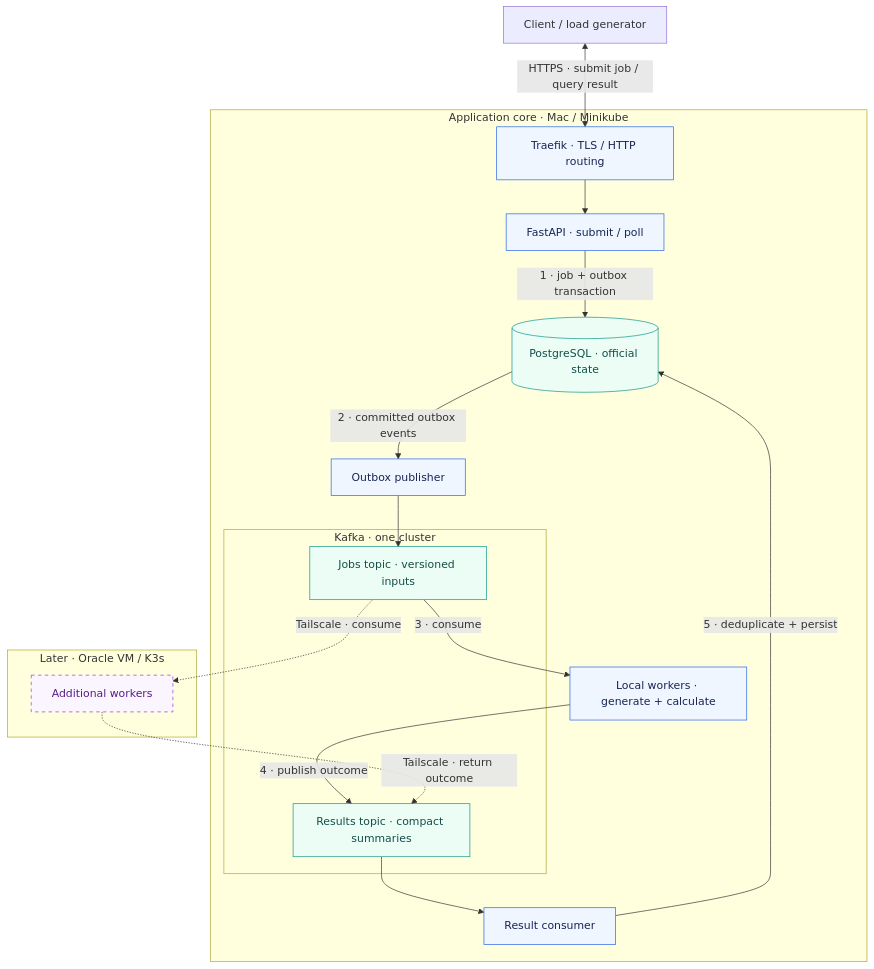
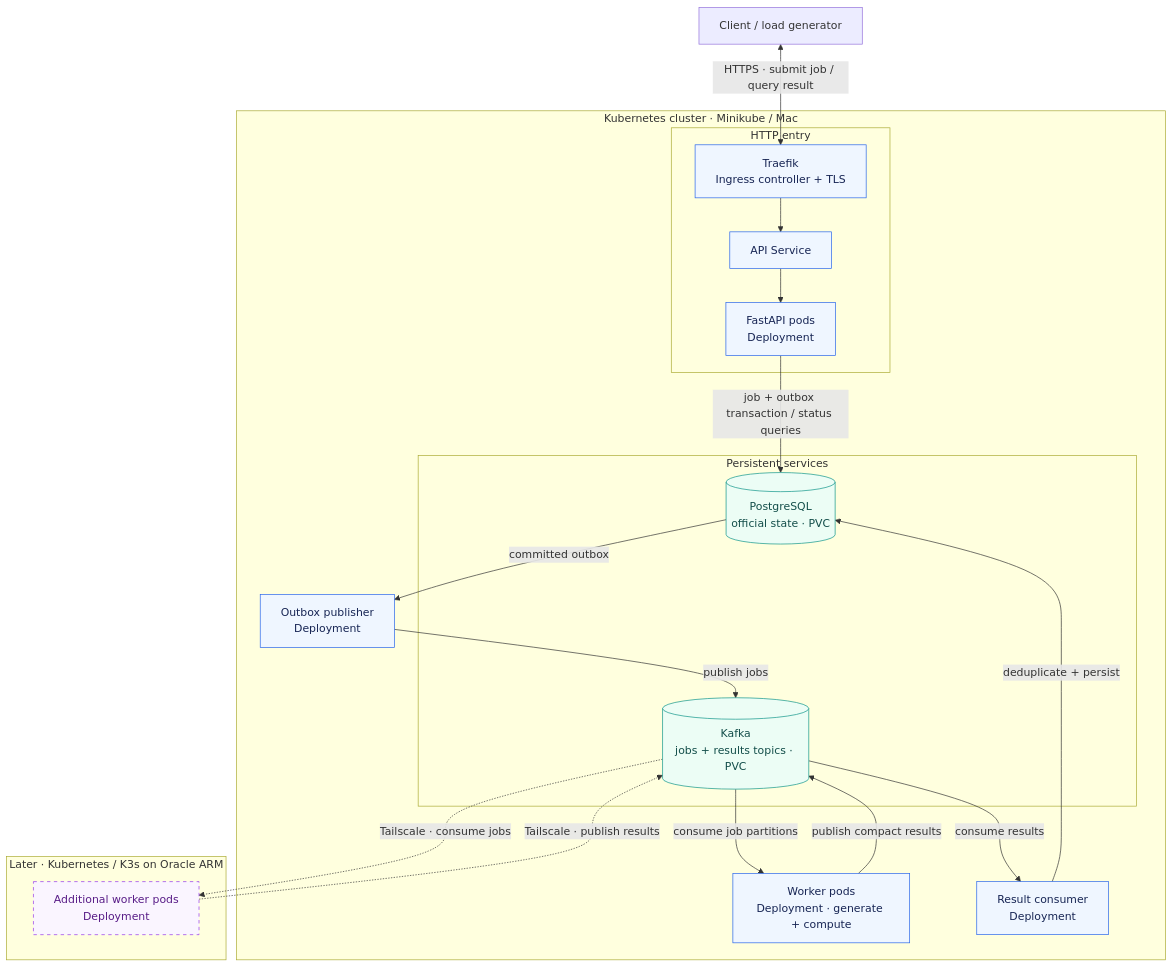
Before and after one commit to thiagogenez/labflow: the diagram in README.md, drawn with Mermaid. The commit also changed other lines of this file and 4 other files, not shown here.

Commit message:
docs: clarify worker flow and Kubernetes architecture

````diff
--- a/README.md
+++ b/README.md
@@ -95,37 +95,46 @@
 ```mermaid
 flowchart TB
     client["Client / load generator"]
 
-    subgraph core["Application core · Mac / Minikube"]
-        ingress["Traefik · TLS / HTTP routing"] --> api["FastAPI · submit / poll"]
-        api -->|"1 · job + outbox transaction"| db[("PostgreSQL · official state")]
-        db -->|"2 · committed outbox events"| relay["Outbox publisher"]
-        relay --> jobs
-
-        subgraph kafka["Kafka · one cluster"]
-            jobs["Jobs topic · versioned inputs"]
-            results["Results topic · compact summaries"]
+    subgraph core["Kubernetes cluster · Minikube / Mac"]
+        subgraph entry["HTTP entry"]
+            ingress["Traefik<br/>Ingress controller + TLS"]
+            api_service["API Service"]
+            api["FastAPI pods<br/>Deployment"]
+            ingress --> api_service --> api
         end
 
-        jobs -->|"3 · consume"| worker["Local workers · generate + calculate"]
-        worker -->|"4 · publish outcome"| results
-        results --> writer["Result consumer"]
-        writer -->|"5 · deduplicate + persist"| db
+        subgraph storage["Persistent services"]
+            db[("PostgreSQL<br/>official state · PVC")]
+            kafka[("Kafka<br/>jobs + results topics · PVC")]
+        end
+
+        relay["Outbox publisher<br/>Deployment"]
+        worker["Worker pods<br/>Deployment · generate + compute"]
+        writer["Result consumer<br/>Deployment"]
+
+        api -->|"job + outbox transaction / status queries"| db
+        db -->|"committed outbox"| relay
+        relay -->|"publish jobs"| kafka
+        kafka -->|"consume job partitions"| worker
+        worker -->|"publish compact results"| kafka
+        kafka -->|"consume results"| writer
+        writer -->|"deduplicate + persist"| db
     end
 
     client <-->|"HTTPS · submit job / query result"| ingress
 
-    subgraph remote["Later · Oracle VM / K3s"]
-        extra["Additional workers"]
+    subgraph remote["Later · Kubernetes / K3s on Oracle ARM"]
+        extra["Additional worker pods<br/>Deployment"]
     end
 
-    jobs -.->|"Tailscale · consume"| extra
-    extra -.->|"Tailscale · return outcome"| results
+    kafka -.->|"Tailscale · consume jobs"| extra
+    extra -.->|"Tailscale · publish results"| kafka
 
     classDef service fill:#eff6ff,stroke:#2563eb,color:#172554
     classDef data fill:#ecfdf5,stroke:#0d9488,color:#134e4a
     classDef future fill:#faf5ff,stroke:#9333ea,color:#581c87,stroke-dasharray:5 5
-    class api,relay,worker,writer,ingress service
-    class db,jobs,results data
+    class api,relay,worker,writer,ingress,api_service service
+    class db,kafka data
     class extra future
 ```
````
